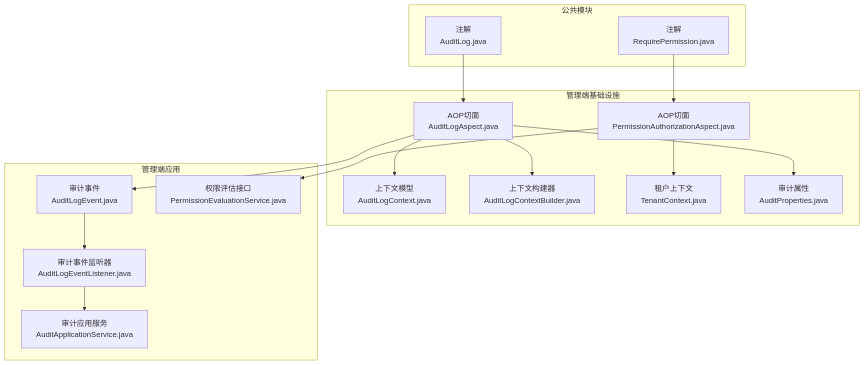
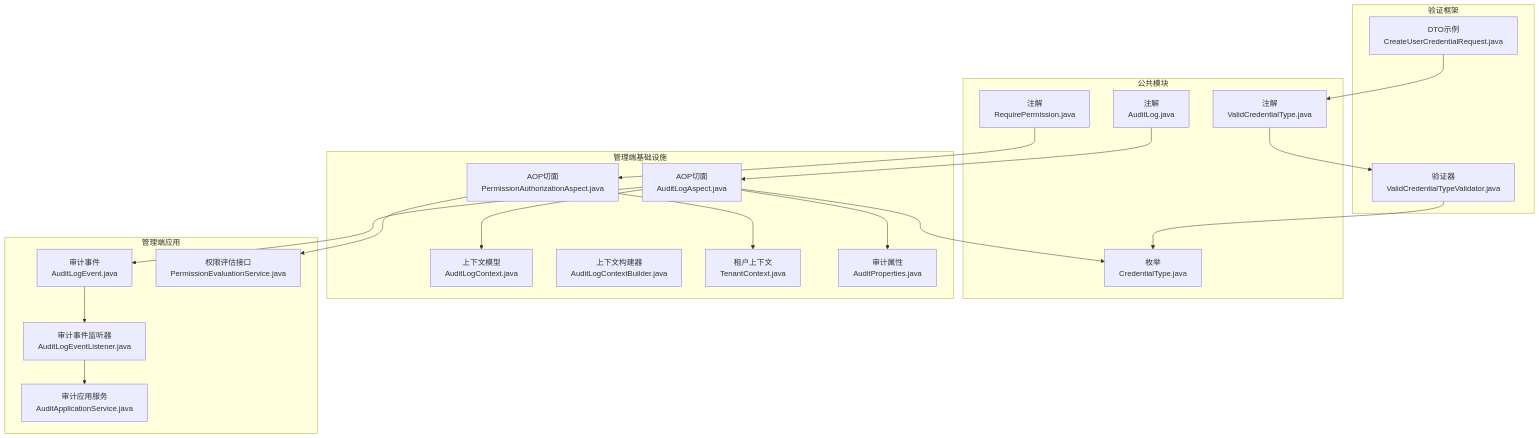
Before and after one commit to fq0121104930716/iam-platform: the first of 7 diagrams in .qoder/repowiki/zh/content/项目概述/项目结构/通用模块 (iam-common)/安全注解.md, drawn with Mermaid. The commit also changed other lines of this file and 13 other files, not shown here.

````diff
--- a/.qoder/repowiki/zh/content/项目概述/项目结构/通用模块 (iam-common)/安全注解.md
+++ b/.qoder/repowiki/zh/content/项目概述/项目结构/通用模块 (iam-common)/安全注解.md
@@ -41,31 +54,40 @@
 ```mermaid
 graph TB
 subgraph "公共模块"
 A["注解<br/>AuditLog.java"]
 B["注解<br/>RequirePermission.java"]
+V["注解<br/>ValidCredentialType.java"]
+E["枚举<br/>CredentialType.java"]
 end
 subgraph "管理端基础设施"
 C["AOP切面<br/>AuditLogAspect.java"]
 D["AOP切面<br/>PermissionAuthorizationAspect.java"]
-E["上下文模型<br/>AuditLogContext.java"]
-F["上下文构建器<br/>AuditLogContextBuilder.java"]
-G["租户上下文<br/>TenantContext.java"]
-H["审计属性<br/>AuditProperties.java"]
+F["上下文模型<br/>AuditLogContext.java"]
+G["上下文构建器<br/>AuditLogContextBuilder.java"]
+H["租户上下文<br/>TenantContext.java"]
+I["审计属性<br/>AuditProperties.java"]
 end
 subgraph "管理端应用"
-I["审计事件<br/>AuditLogEvent.java"]
-J["审计事件监听器<br/>AuditLogEventListener.java"]
-K["审计应用服务<br/>AuditApplicationService.java"]
-L["权限评估接口<br/>PermissionEvaluationService.java"]
+J["审计事件<br/>AuditLogEvent.java"]
+K["审计事件监听器<br/>AuditLogEventListener.java"]
+L["审计应用服务<br/>AuditApplicationService.java"]
+M["权限评估接口<br/>PermissionEvaluationService.java"]
+end
+subgraph "验证框架"
+N["验证器<br/>ValidCredentialTypeValidator.java"]
+O["DTO示例<br/>CreateUserCredentialRequest.java"]
 end
 A --> C
 B --> D
+V --> N
 C --> F
 C --> E
+C --> J
+J --> K
+K --> L
+D --> M
+D --> H
 C --> I
-I --> J
-J --> K
-D --> L
-D --> G
-C --> H
+N --> E
+O --> V
 ```
````
